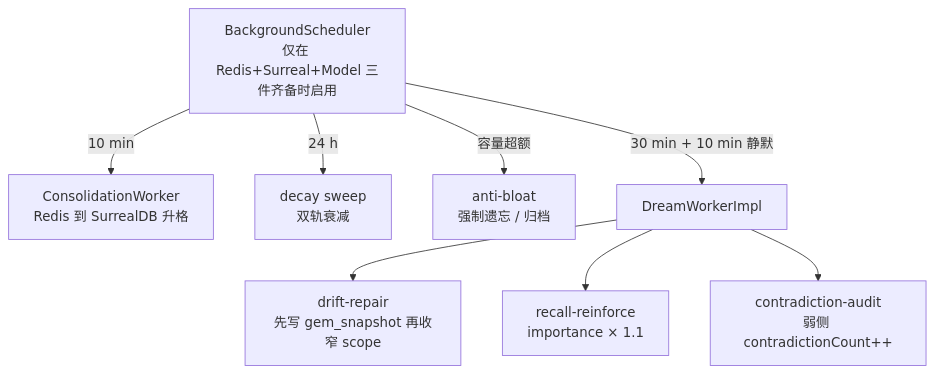
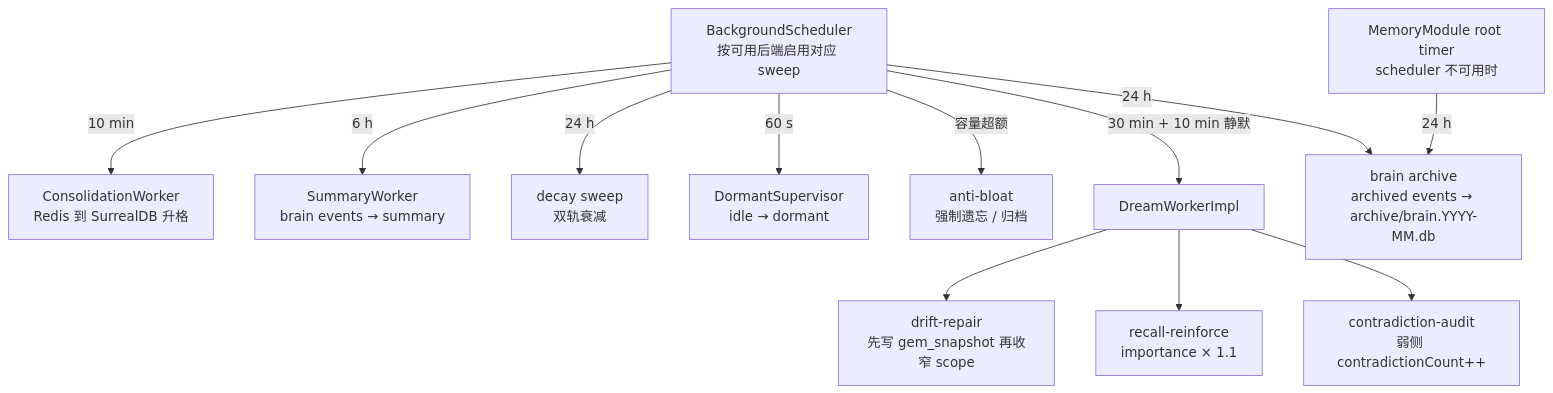
The fifth of 5 diagrams in docs/memory.system.md (flyflor/flyflor), drawn with Mermaid before and after one commit. The commit also changed other lines of this file and 68 other files, not shown here.

Commit message:
feat(memory): close summary embedding and brain archive rollout

````diff
--- a/docs/memory.system.md
+++ b/docs/memory.system.md
@@ -142,11 +176,15 @@
 ```mermaid
 flowchart TB
-    Sched["BackgroundScheduler<br/>仅在 Redis+Surreal+Model 三件齐备时启用"]
+    Sched["BackgroundScheduler<br/>按可用后端启用对应 sweep"]
     Sched -- 10 min --> Cons["ConsolidationWorker<br/>Redis 到 SurrealDB 升格"]
+    Sched -- 6 h --> Summary["SummaryWorker<br/>brain events → summary"]
     Sched -- 24 h --> Decay["decay sweep<br/>双轨衰减"]
+    Sched -- 60 s --> Dormant["DormantSupervisor<br/>idle → dormant"]
     Sched -- 容量超额 --> Bloat["anti-bloat<br/>强制遗忘 / 归档"]
     Sched -- 30 min + 10 min 静默 --> Dream["DreamWorkerImpl"]
+    Sched -- 24 h --> Archive["brain archive<br/>archived events → archive/brain.YYYY-MM.db"]
+    Root["MemoryModule root timer<br/>scheduler 不可用时"] -- 24 h --> Archive
     Dream --> DR["drift-repair<br/>先写 gem_snapshot 再收窄 scope"]
     Dream --> RR["recall-reinforce<br/>importance × 1.1"]
     Dream --> CA["contradiction-audit<br/>弱侧 contradictionCount++"]
 ```
````
